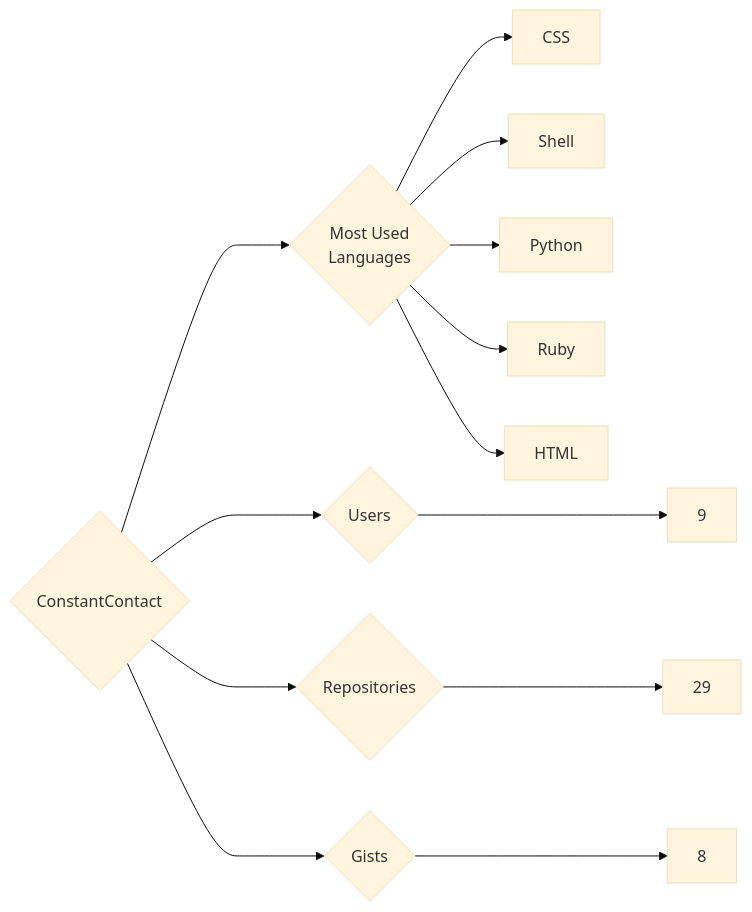
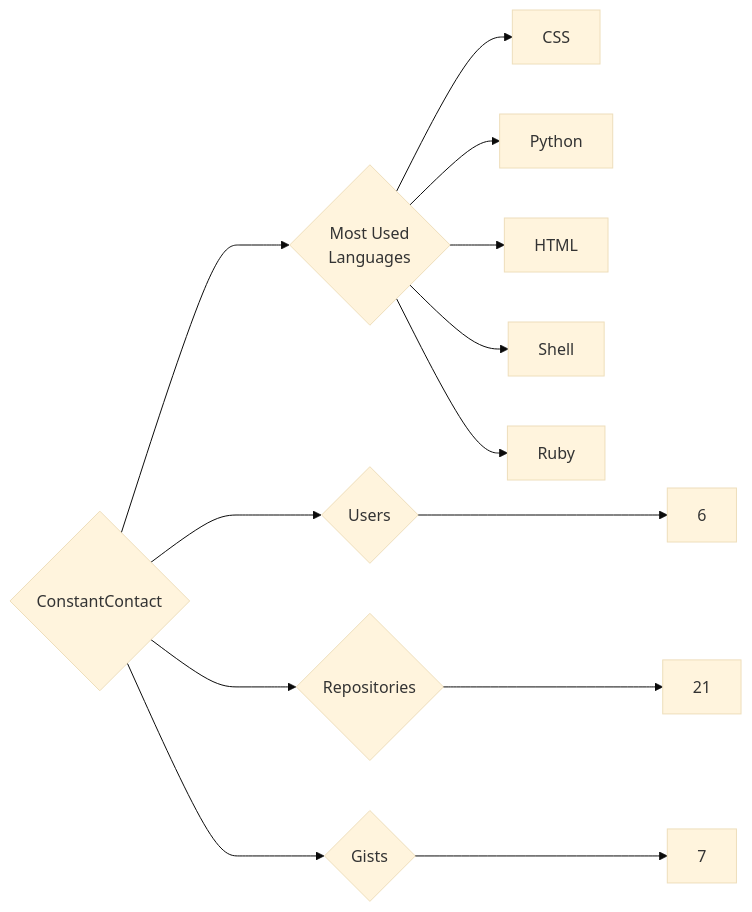
One commit to trickest/insiders changed the diagram in targets/ConstantContact/README.md. Above: the diagram before and after it, drawn with Mermaid (base theme). The commit also changed 1170 other files, not shown here.

````diff
--- a/targets/ConstantContact/README.md
+++ b/targets/ConstantContact/README.md
@@ -3,13 +3,13 @@
 ```mermaid
 graph LR
 COMPANY_NAME{ConstantContact}
-COMPANY_NAME ---> U{Users} ---> UN[9]
-COMPANY_NAME ---> R{Repositories} ---> RN[29]
-COMPANY_NAME ---> G{Gists} ---> GN[8]
+COMPANY_NAME ---> U{Users} ---> UN[6]
+COMPANY_NAME ---> R{Repositories} ---> RN[21]
+COMPANY_NAME ---> G{Gists} ---> GN[7]
 COMPANY_NAME ---> ML{Most Used<br>Languages}
 ML --> CSS[CSS]
+ML --> Python[Python]
+ML --> HTML[HTML]
 ML --> Shell[Shell]
-ML --> Python[Python]
 ML --> Ruby[Ruby]
-ML --> HTML[HTML]
 ```
````
